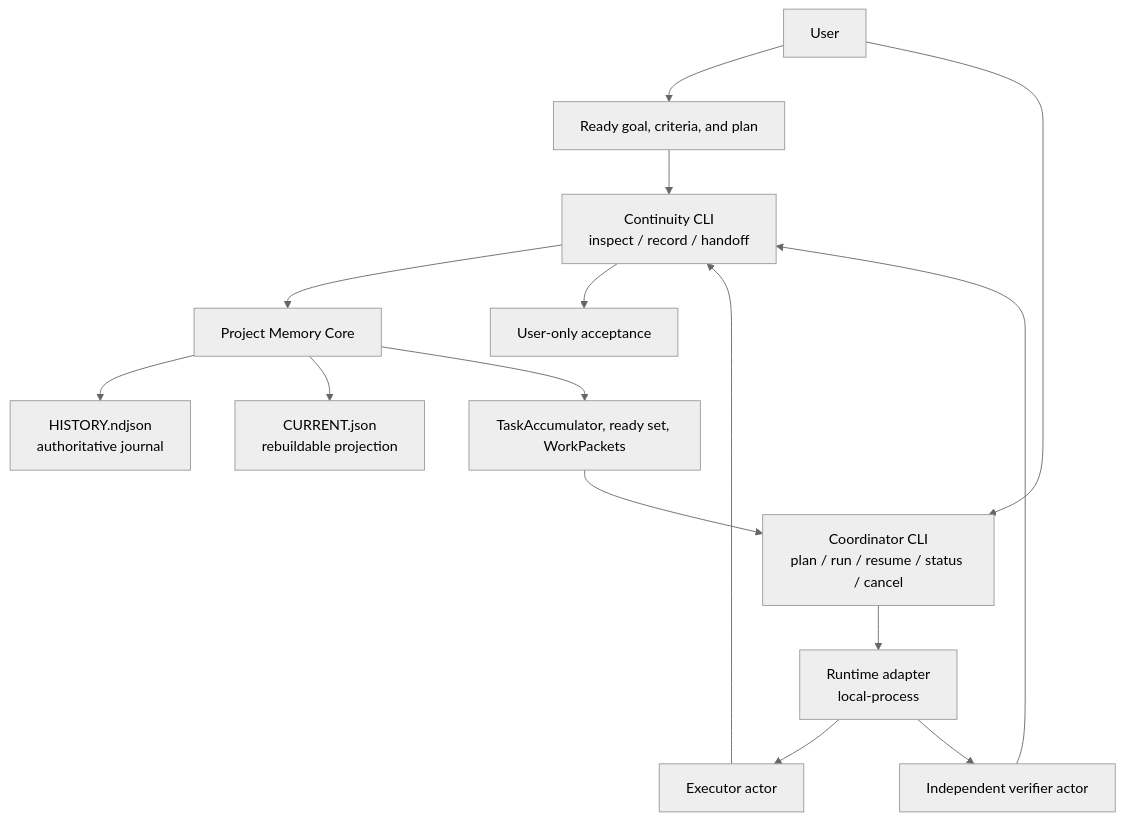
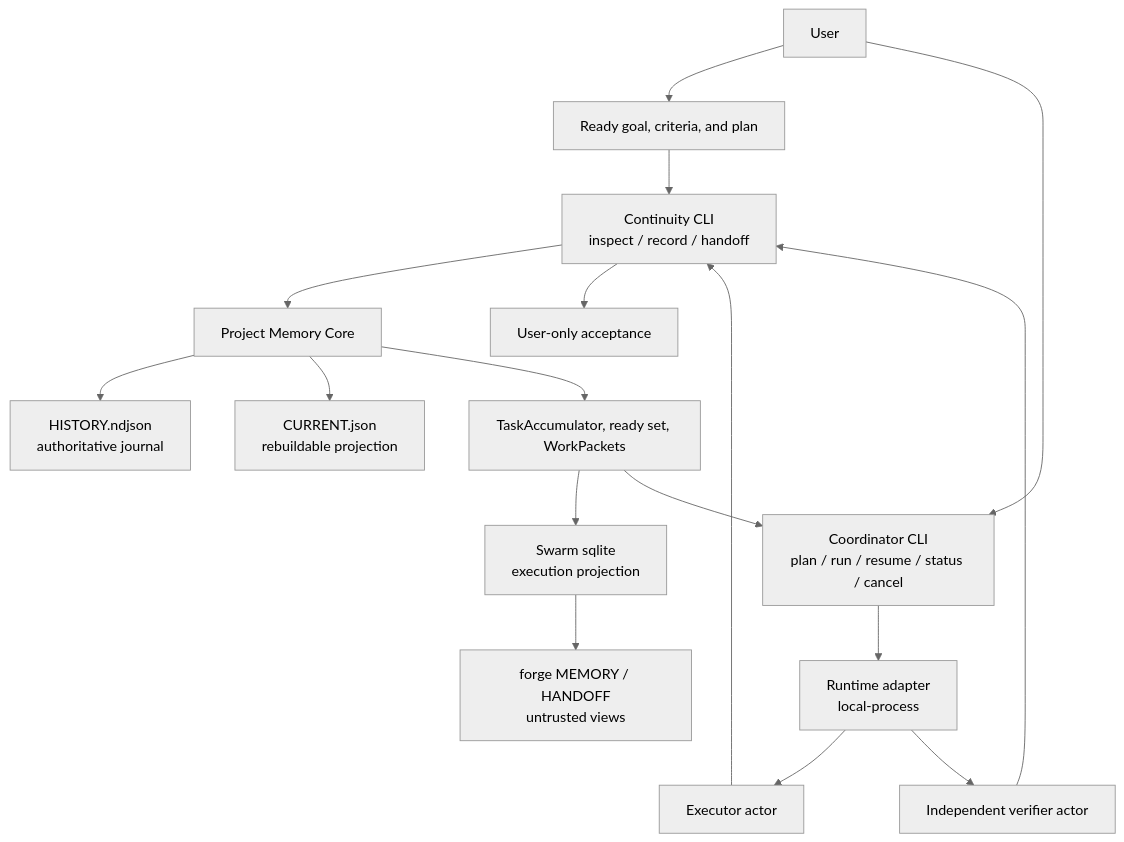
Before and after one commit to Altarnik88/continuity: the diagram in ARCHITECTURE.md, drawn with Mermaid (neutral theme). The commit also changed other lines of this file and 19 other files, not shown here.

````diff
--- a/ARCHITECTURE.md
+++ b/ARCHITECTURE.md
@@ -33,30 +33,34 @@
 ```mermaid
 flowchart TB
   user["User"]
   planIn["Ready goal, criteria, and plan"]
   mem["Continuity CLI<br/>inspect / record / handoff"]
   core["Project Memory Core"]
   journal["HISTORY.ndjson<br/>authoritative journal"]
   projection["CURRENT.json<br/>rebuildable projection"]
   derived["TaskAccumulator, ready set, WorkPackets"]
   coord["Coordinator CLI<br/>plan / run / resume / status / cancel"]
+  swarm["Swarm sqlite<br/>execution projection"]
+  views["forge MEMORY / HANDOFF<br/>untrusted views"]
   adapter["Runtime adapter<br/>local-process"]
   exec["Executor actor"]
   ver["Independent verifier actor"]
   accept["User-only acceptance"]
 
   user --> planIn
   planIn --> mem
   mem --> core
   core --> journal
   core --> projection
   core --> derived
+  derived --> swarm
+  swarm --> views
   user --> coord
   derived --> coord
   coord --> adapter
   adapter --> exec
   adapter --> ver
   exec --> mem
   ver --> mem
   mem --> accept
 ```
````
